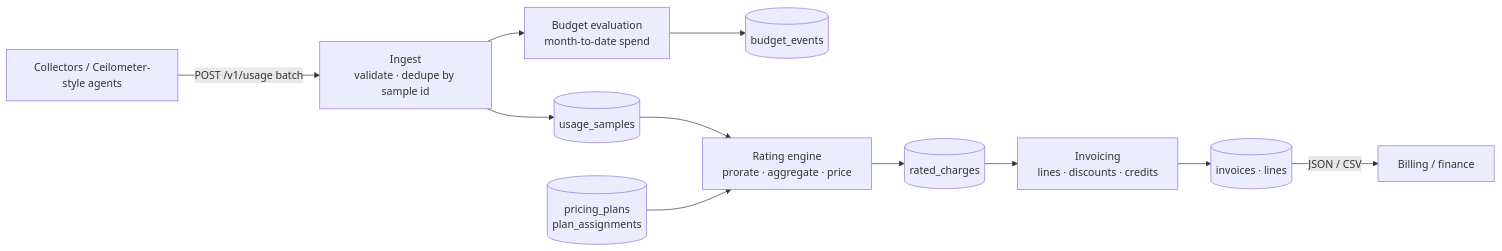
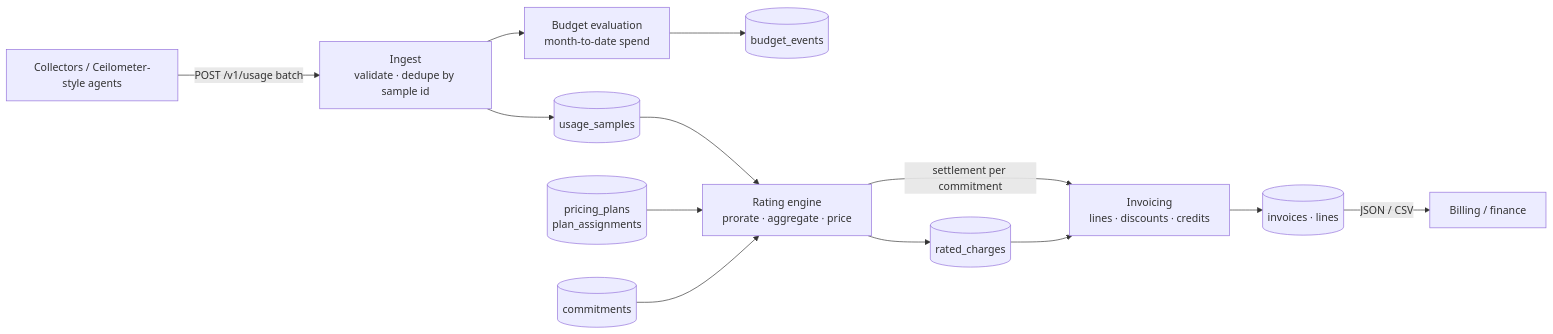
The diagram in README.md (AkibUllah/cloud-usage-metering), drawn with Mermaid before and after one commit. The commit also changed other lines of this file and 1 other file, not shown here.

First line of the commit message:
docs: document commitments in the README and changelog

````diff
--- a/README.md
+++ b/README.md
@@ -51,13 +52,15 @@
 ```mermaid
 flowchart LR
     Agents[Collectors / Ceilometer-style agents] -->|POST /v1/usage batch| Ingest[Ingest\nvalidate · dedupe by sample id]
     Ingest --> Samples[(usage_samples)]
     Ingest --> Budgets[Budget evaluation\nmonth-to-date spend]
     Budgets --> Events[(budget_events)]
     Samples --> Rating[Rating engine\nprorate · aggregate · price]
     Plans[(pricing_plans\nplan_assignments)] --> Rating
+    Commitments[(commitments)] --> Rating
+    Rating -->|settlement per commitment| Invoicing
     Rating --> Charges[(rated_charges)]
     Charges --> Invoicing[Invoicing\nlines · discounts · credits]
     Invoicing --> Invoices[(invoices · lines)]
     Invoices -->|JSON / CSV| Billing[Billing / finance]
 ```
````
